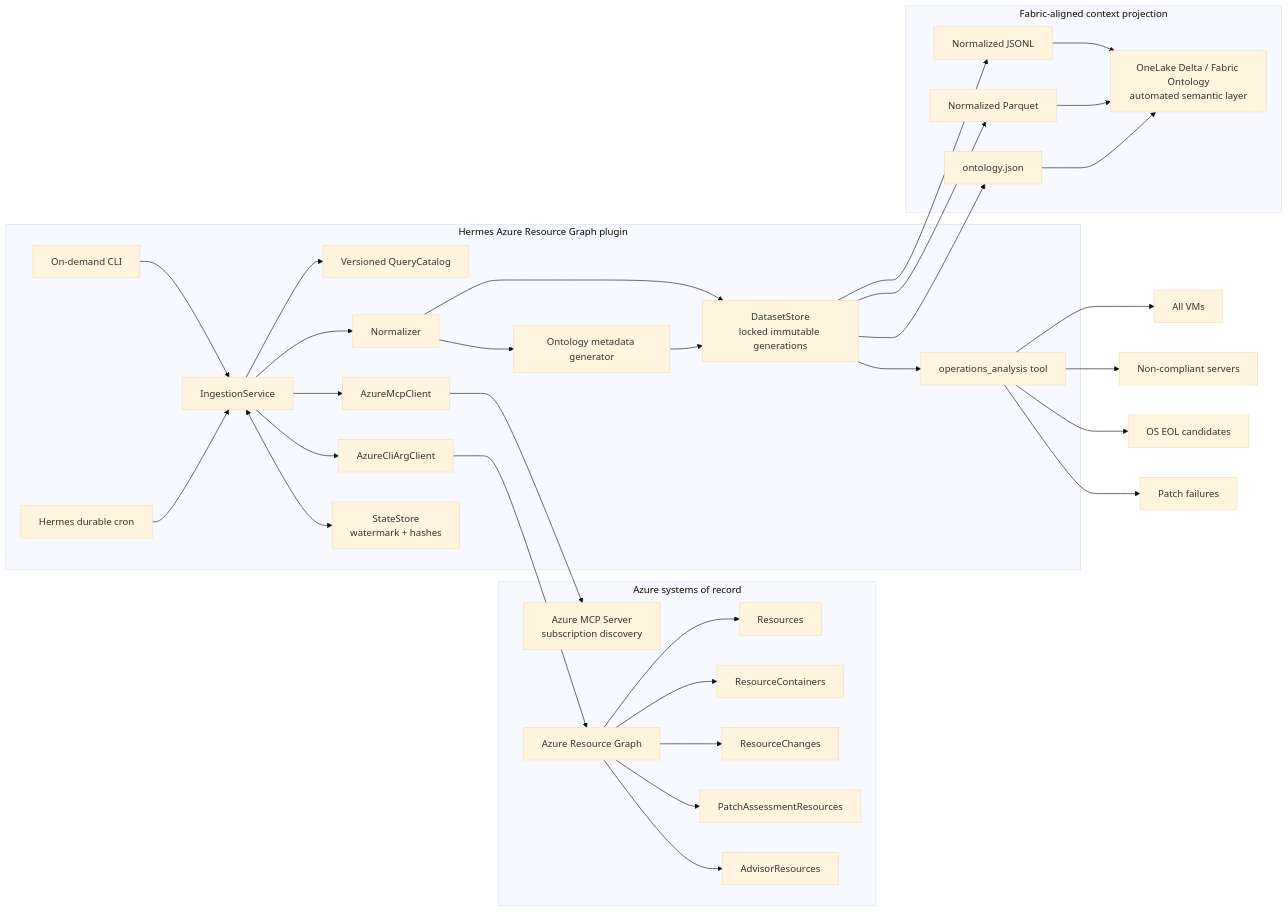
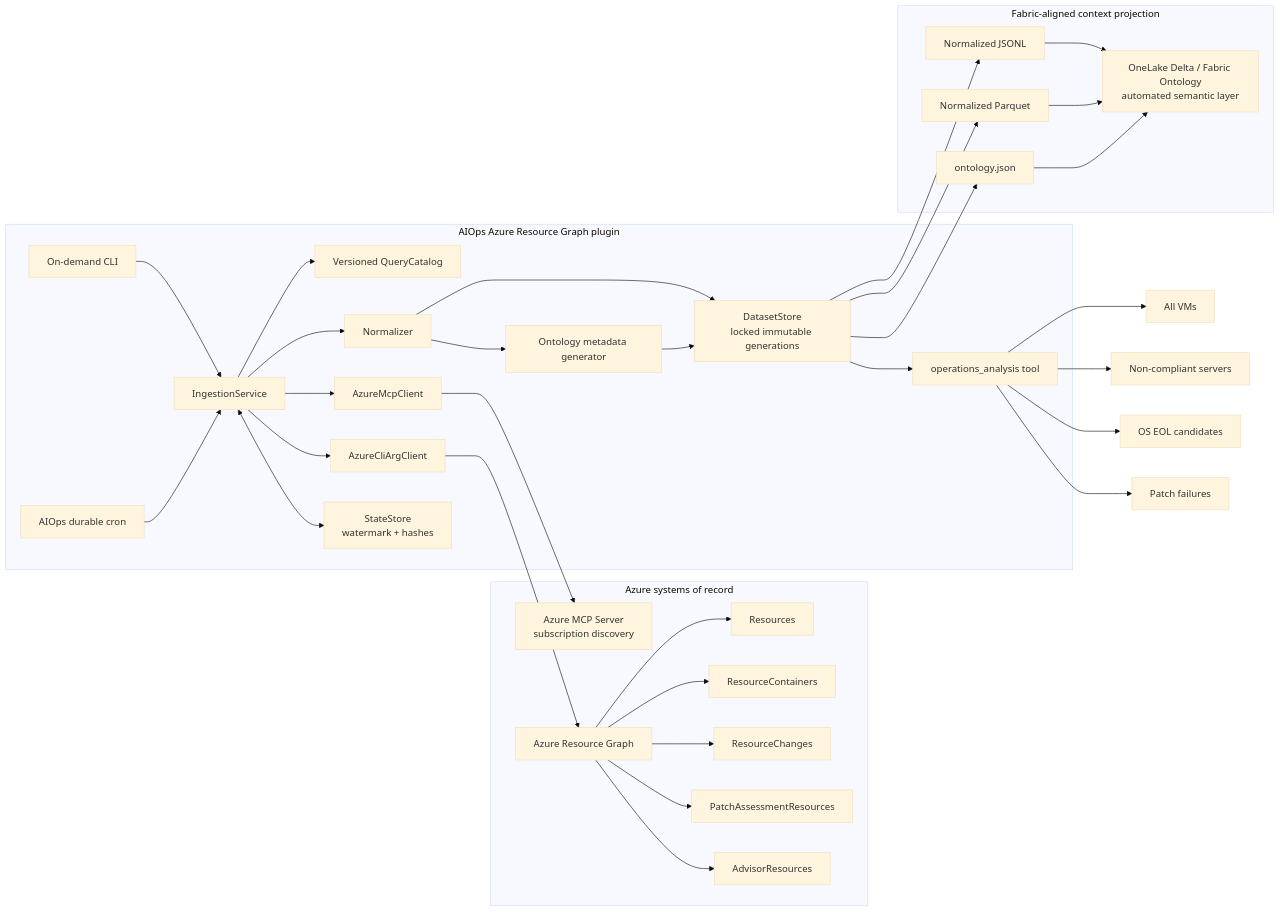
One commit to jasonpanggit/azure-aiops changed the diagram in docs/architecture.md. Above: the diagram before and after it, drawn with Mermaid (base theme). The commit also changed other lines of this file and 493 other files, not shown here.

First line of the commit message:
refactor: rename Hermes to AIOps across the codebase

````diff
--- a/docs/architecture.md
+++ b/docs/architecture.md
@@ -3,65 +3,65 @@
 ```mermaid
 flowchart LR
     subgraph Azure[Azure systems of record]
         MCP[Azure MCP Server\nsubscription discovery]
         ARG[Azure Resource Graph]
         T1[Resources]
         T2[ResourceContainers]
         T3[ResourceChanges]
         T4[PatchAssessmentResources]
         T5[AdvisorResources]
         ARG --> T1
         ARG --> T2
         ARG --> T3
         ARG --> T4
         ARG --> T5
     end
 
-    subgraph Connector[Hermes Azure Resource Graph plugin]
+    subgraph Connector[AIOps Azure Resource Graph plugin]
         CLI[On-demand CLI]
-        CRON[Hermes durable cron]
+        CRON[AIOps durable cron]
         SVC[IngestionService]
         CATALOG[Versioned QueryCatalog]
         MCPCLIENT[AzureMcpClient]
         ARGCLIENT[AzureCliArgClient]
         NORM[Normalizer]
         STATE[StateStore\nwatermark + hashes]
         STORE[DatasetStore\nlocked immutable generations]
         ONTO[Ontology metadata generator]
         AGENT[operations_analysis tool]
 
         CLI --> SVC
         CRON --> SVC
         SVC --> CATALOG
         SVC --> MCPCLIENT
         SVC --> ARGCLIENT
         SVC --> NORM
         SVC <--> STATE
         NORM --> STORE
         NORM --> ONTO
         ONTO --> STORE
         STORE --> AGENT
     end
 
     MCPCLIENT --> MCP
     ARGCLIENT --> ARG
 
     subgraph Context[Fabric-aligned context projection]
         JSON[Normalized JSONL]
         PARQUET[Normalized Parquet]
         META[ontology.json]
         FABRIC[OneLake Delta / Fabric Ontology\nautomated semantic layer]
     end
 
     STORE --> JSON
     STORE --> PARQUET
     STORE --> META
     JSON --> FABRIC
     PARQUET --> FABRIC
     META --> FABRIC
 
     AGENT --> Q1[All VMs]
     AGENT --> Q2[Non-compliant servers]
     AGENT --> Q3[OS EOL candidates]
     AGENT --> Q4[Patch failures]
 ```
````
